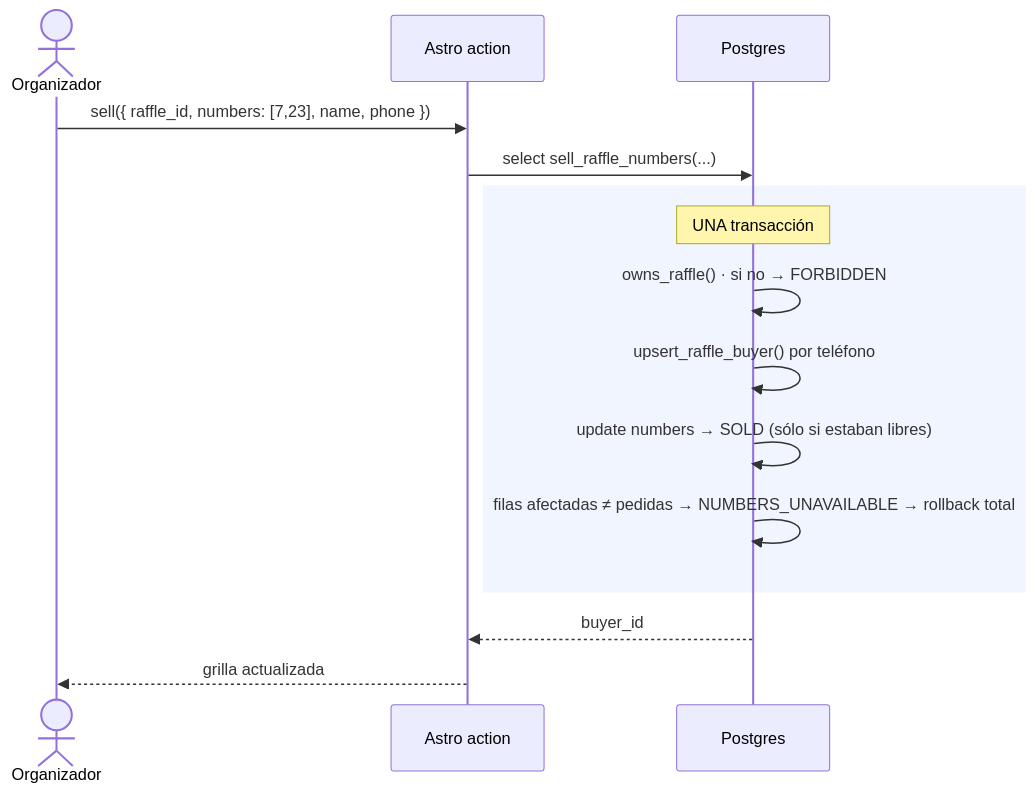
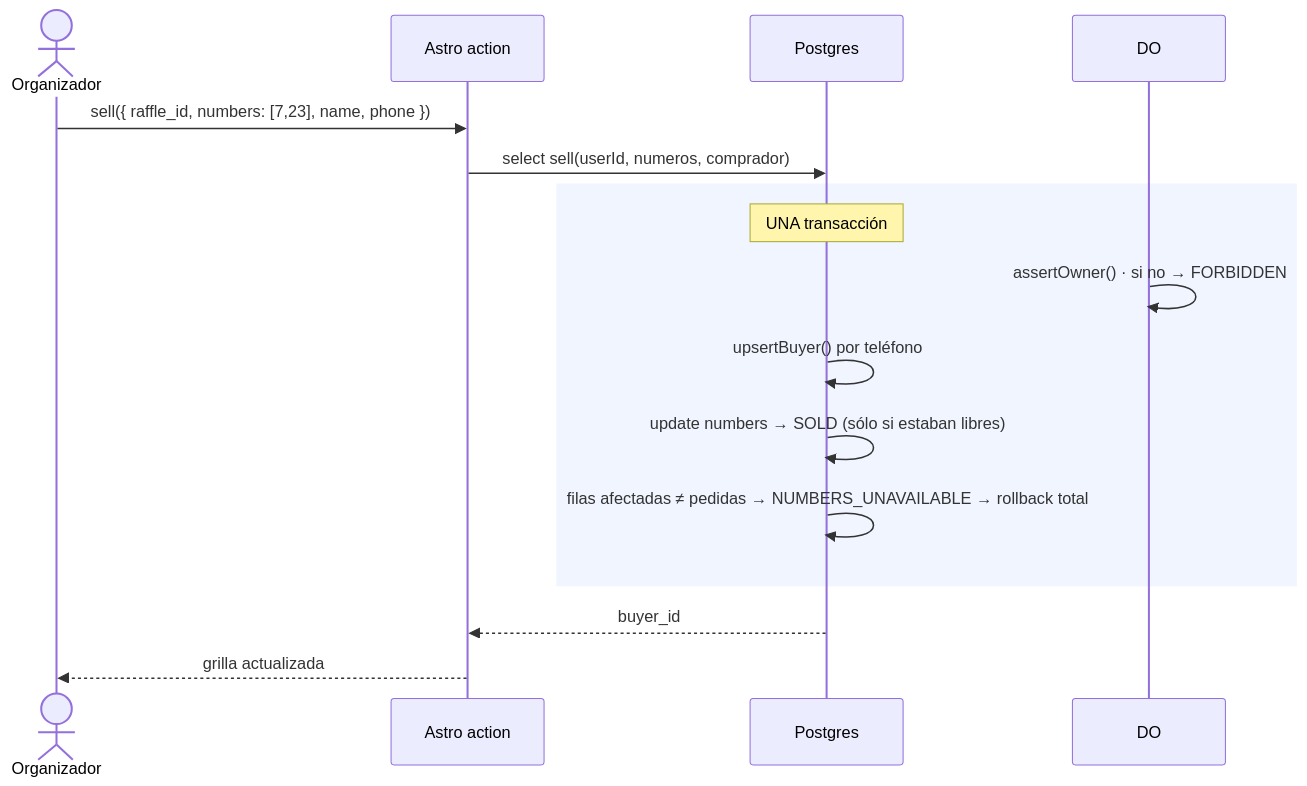
One commit to mauroviveros/rifate.app changed the second of 5 diagrams in docs/05-flujos.md. Above: the diagram before and after it, drawn with Mermaid. The commit also changed other lines of this file and 5 other files, not shown here.

Commit message:
docs: :memo: rewrite architecture and align every doc with the final stack

````diff
--- a/docs/05-flujos.md
+++ b/docs/05-flujos.md
@@ -48,20 +38,20 @@
 ```mermaid
 sequenceDiagram
     actor O as Organizador
     participant A as Astro action
     participant DB as Postgres
 
     O->>A: sell({ raffle_id, numbers: [7,23], name, phone })
-    A->>DB: select sell_raffle_numbers(...)
+    A->>DB: select sell(userId, numeros, comprador)
 
     rect rgb(240, 245, 255)
     Note over DB: UNA transacción
-    DB->>DB: owns_raffle() · si no → FORBIDDEN
-    DB->>DB: upsert_raffle_buyer() por teléfono
+    DO->>DO: assertOwner() · si no → FORBIDDEN
+    DB->>DB: upsertBuyer() por teléfono
     DB->>DB: update numbers → SOLD  (sólo si estaban libres)
     DB->>DB: filas afectadas ≠ pedidas → NUMBERS_UNAVAILABLE → rollback total
     end
 
     DB-->>A: buyer_id
     A-->>O: grilla actualizada
 ```
````
